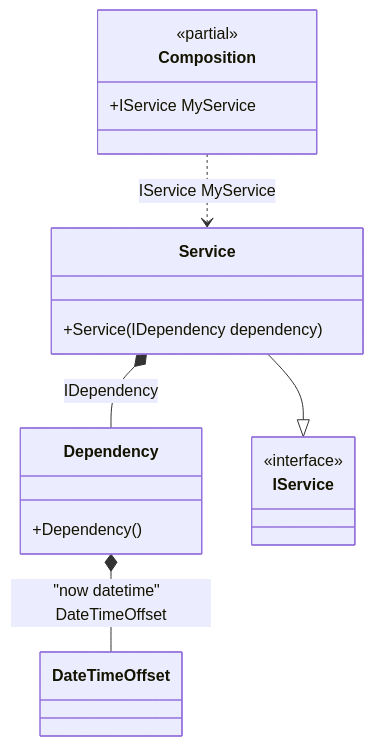
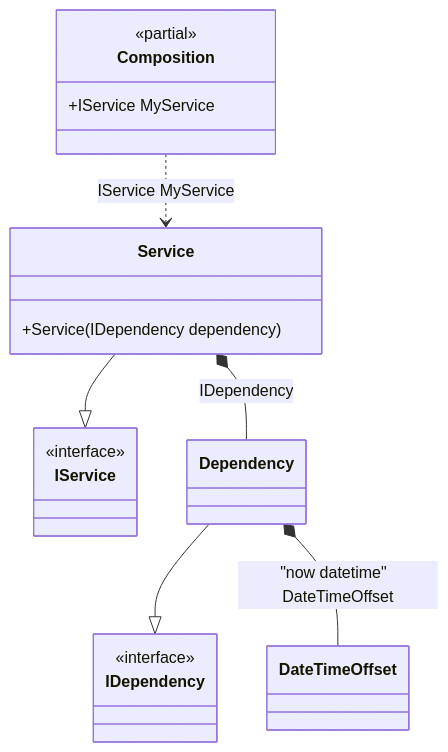
Before and after one commit to DevTeam/Pure.DI: the diagram in readme/simplified-factory.md, drawn with Mermaid. The commit also changed 92 other files, not shown here.

````diff
--- a/readme/simplified-factory.md
+++ b/readme/simplified-factory.md
@@ -98,21 +98,23 @@
 ```mermaid
 classDiagram
 	class Composition {
 		<<partial>>
 		+IService MyService
 	}
-	class Dependency {
-		+Dependency()
-	}
-	class DateTimeOffset
 	Service --|> IService
 	class Service {
 		+Service(IDependency dependency)
 	}
+	Dependency --|> IDependency
+	class Dependency
+	class DateTimeOffset
 	class IService {
 		<<interface>>
 	}
+	class IDependency {
+		<<interface>>
+	}
 	Composition ..> Service : IService MyService
+	Service *--  Dependency : IDependency
 	Dependency *--  DateTimeOffset : "now datetime"  DateTimeOffset
-	Service *--  Dependency : IDependency
 ```
````
